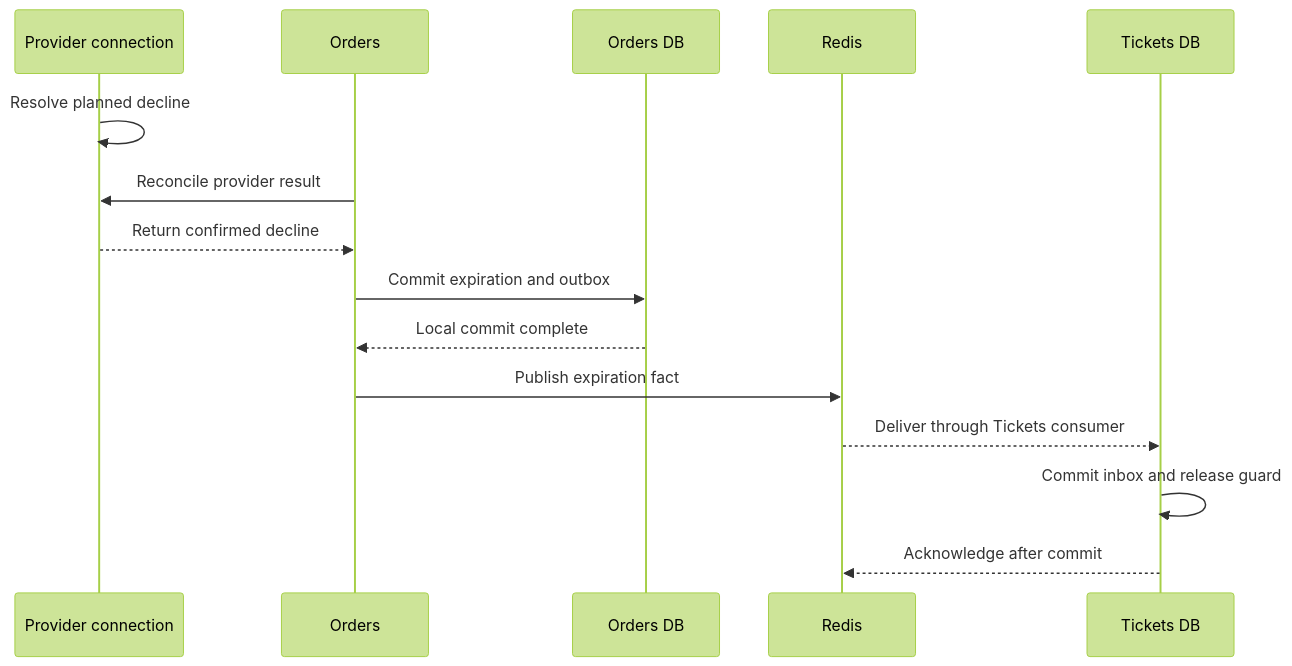
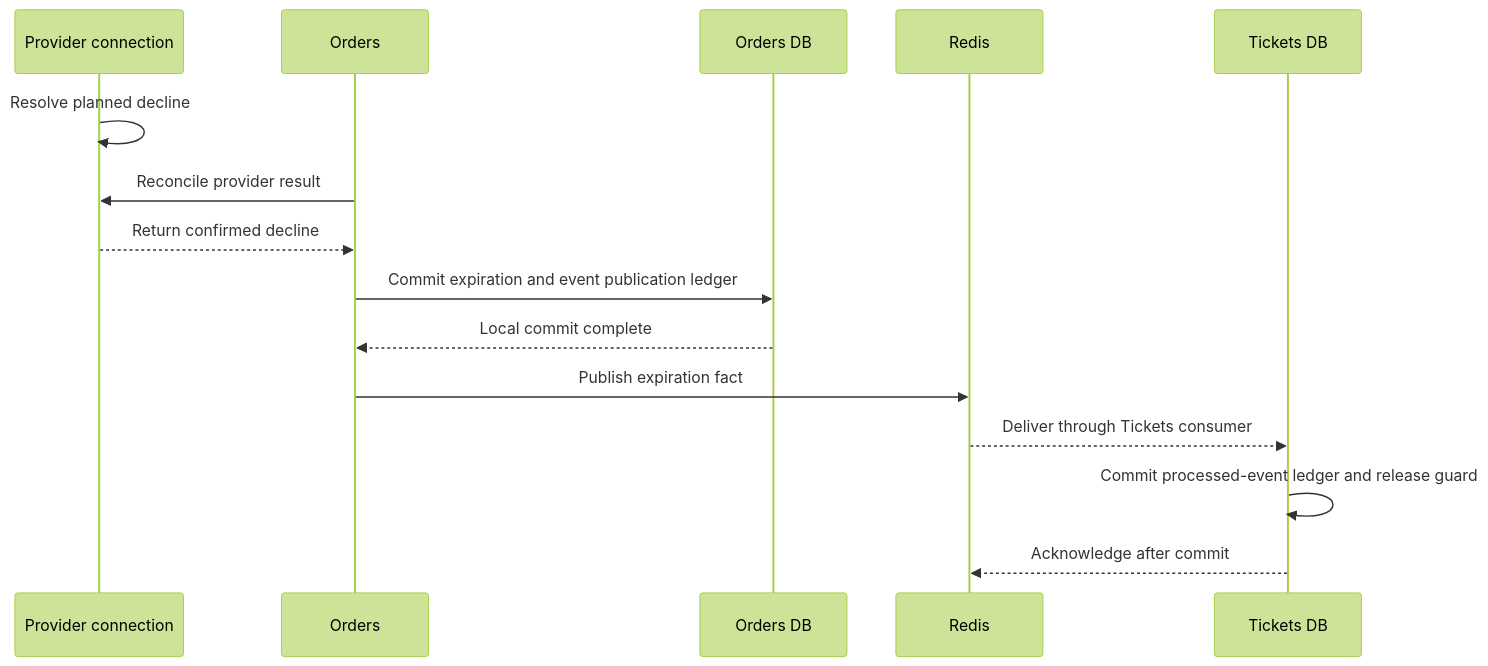
Before and after one commit to h19overflow/stubhub: diagram 11 of 16 in docs/system_design/sequence_diagrams.md, drawn with Mermaid (forest theme). The commit also changed other lines of this file and 59 other files, not shown here.

````diff
--- a/docs/system_design/sequence_diagrams.md
+++ b/docs/system_design/sequence_diagrams.md
@@ -262,17 +262,17 @@
 ```mermaid
 sequenceDiagram
     participant PC as Provider connection
     participant O as Orders
     participant OD as Orders DB
     participant R as Redis
     participant TD as Tickets DB
     PC->>PC: Resolve planned decline
     O->>PC: Reconcile provider result
     PC-->>O: Return confirmed decline
-    O->>OD: Commit expiration and outbox
+    O->>OD: Commit expiration and event publication ledger
     OD-->>O: Local commit complete
     O->>R: Publish expiration fact
     R-->>TD: Deliver through Tickets consumer
-    TD->>TD: Commit inbox and release guard
+    TD->>TD: Commit processed-event ledger and release guard
     TD-->>R: Acknowledge after commit
 ```
````
